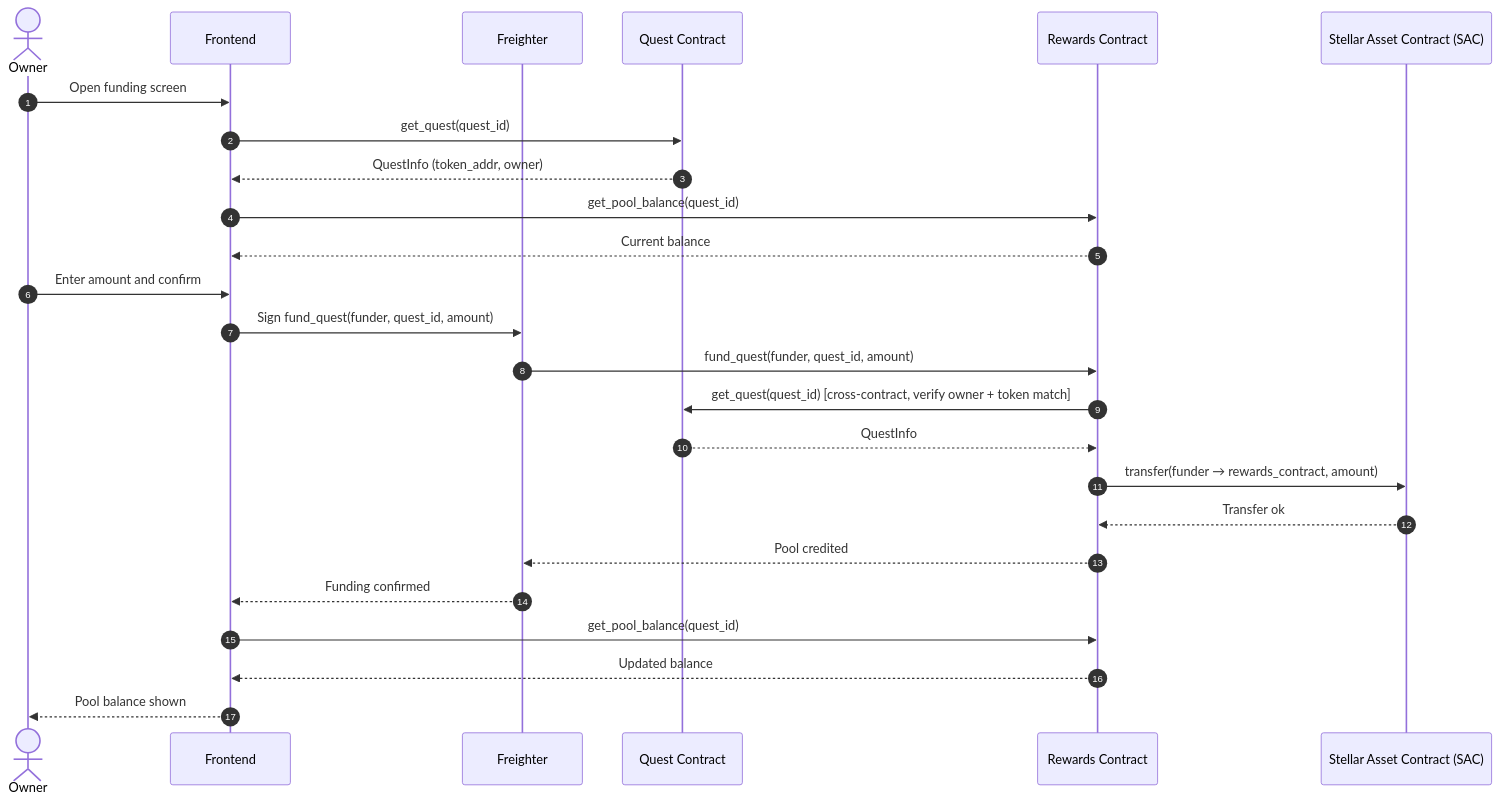
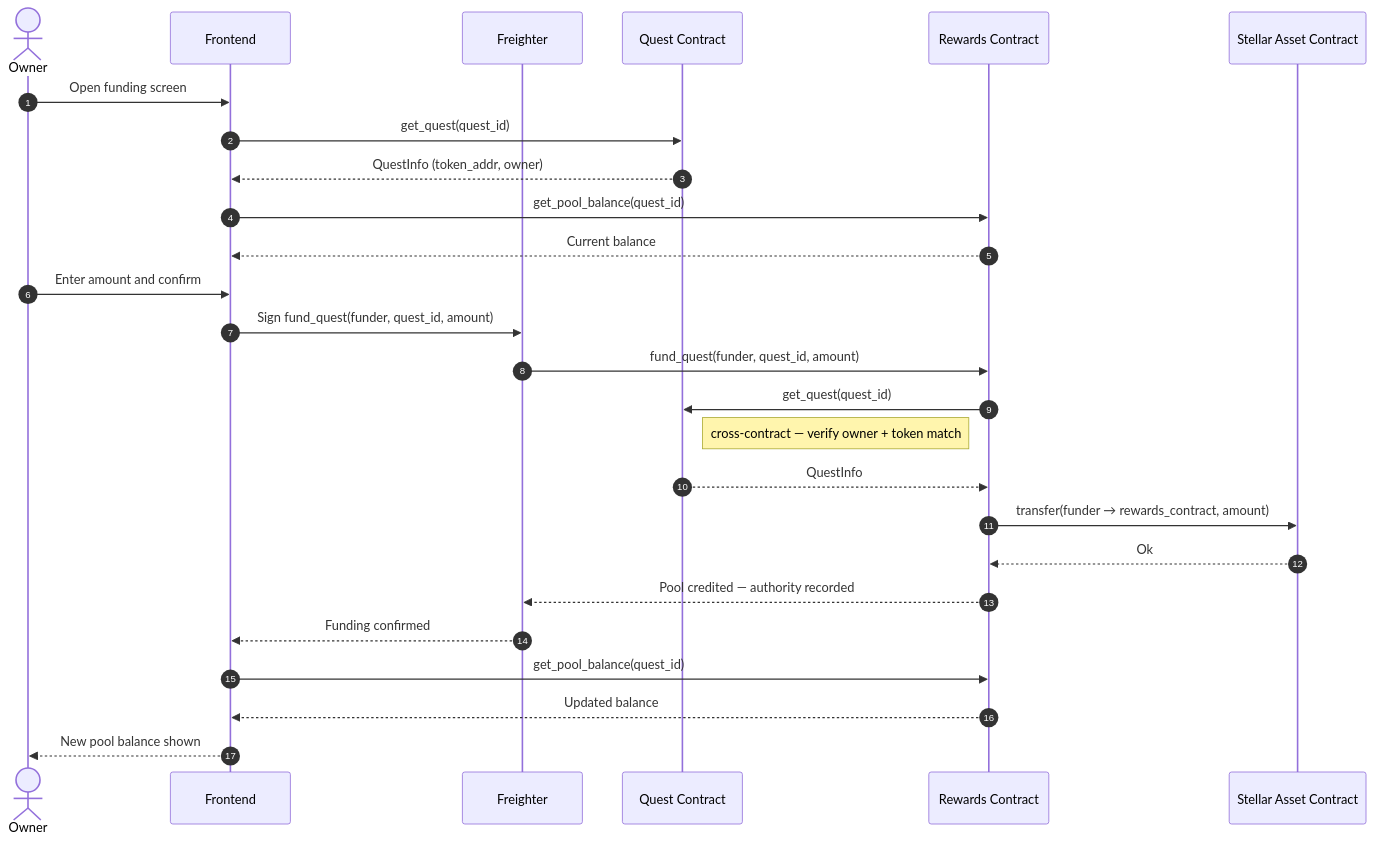
Before and after one commit to lernza/lernza: the third of 7 diagrams in docs/ARCHITECTURE.md, drawn with Mermaid. The commit also changed other lines of this file and 9 other files, not shown here.

````diff
--- a/docs/ARCHITECTURE.md
+++ b/docs/ARCHITECTURE.md
@@ -108,30 +128,31 @@
 ```mermaid
 sequenceDiagram
     autonumber
     actor Owner
     participant FE as Frontend
     participant Wallet as Freighter
     participant Quest as Quest Contract
     participant Rewards as Rewards Contract
-    participant Token as Stellar Asset Contract (SAC)
+    participant SAC as Stellar Asset Contract
 
     Owner->>FE: Open funding screen
     FE->>Quest: get_quest(quest_id)
     Quest-->>FE: QuestInfo (token_addr, owner)
     FE->>Rewards: get_pool_balance(quest_id)
     Rewards-->>FE: Current balance
 
     Owner->>FE: Enter amount and confirm
     FE->>Wallet: Sign fund_quest(funder, quest_id, amount)
     Wallet->>Rewards: fund_quest(funder, quest_id, amount)
-    Rewards->>Quest: get_quest(quest_id) [cross-contract, verify owner + token match]
+    Rewards->>Quest: get_quest(quest_id)
+    Note right of Quest: cross-contract — verify owner + token match
     Quest-->>Rewards: QuestInfo
-    Rewards->>Token: transfer(funder → rewards_contract, amount)
-    Token-->>Rewards: Transfer ok
-    Rewards-->>Wallet: Pool credited
+    Rewards->>SAC: transfer(funder → rewards_contract, amount)
+    SAC-->>Rewards: Ok
+    Rewards-->>Wallet: Pool credited — authority recorded
     Wallet-->>FE: Funding confirmed
 
     FE->>Rewards: get_pool_balance(quest_id)
     Rewards-->>FE: Updated balance
-    FE-->>Owner: Pool balance shown
+    FE-->>Owner: New pool balance shown
 ```
````
